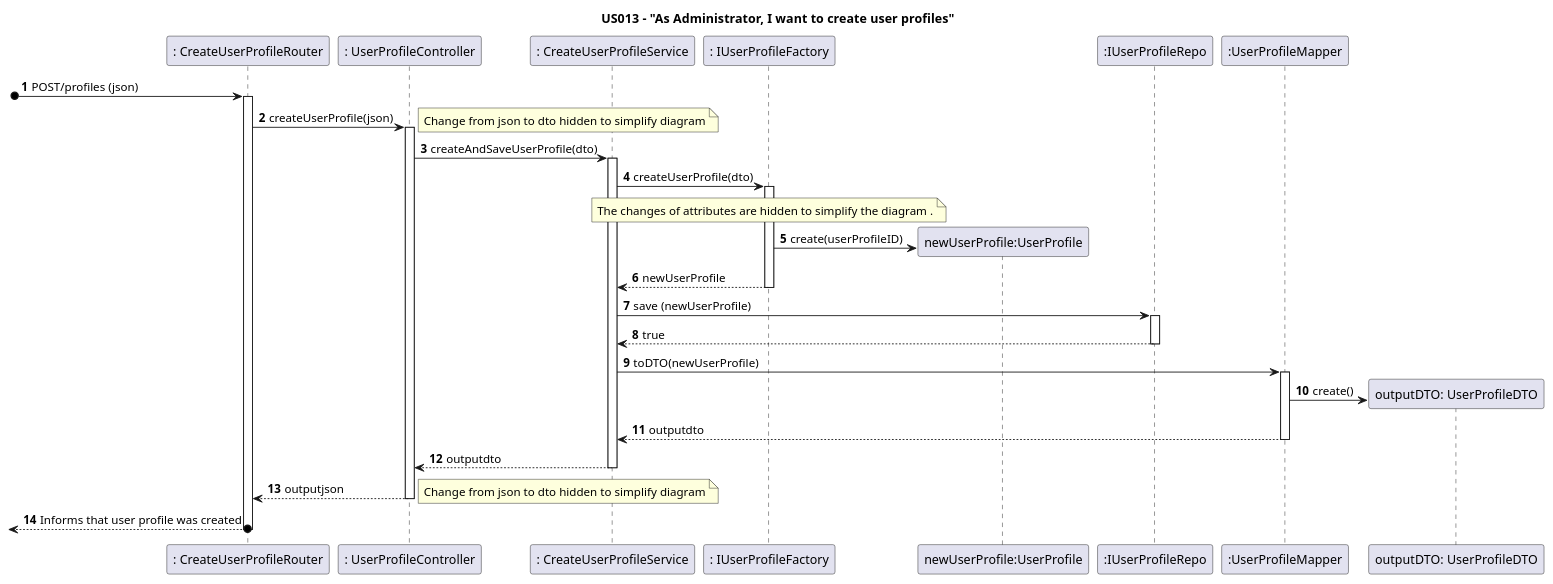
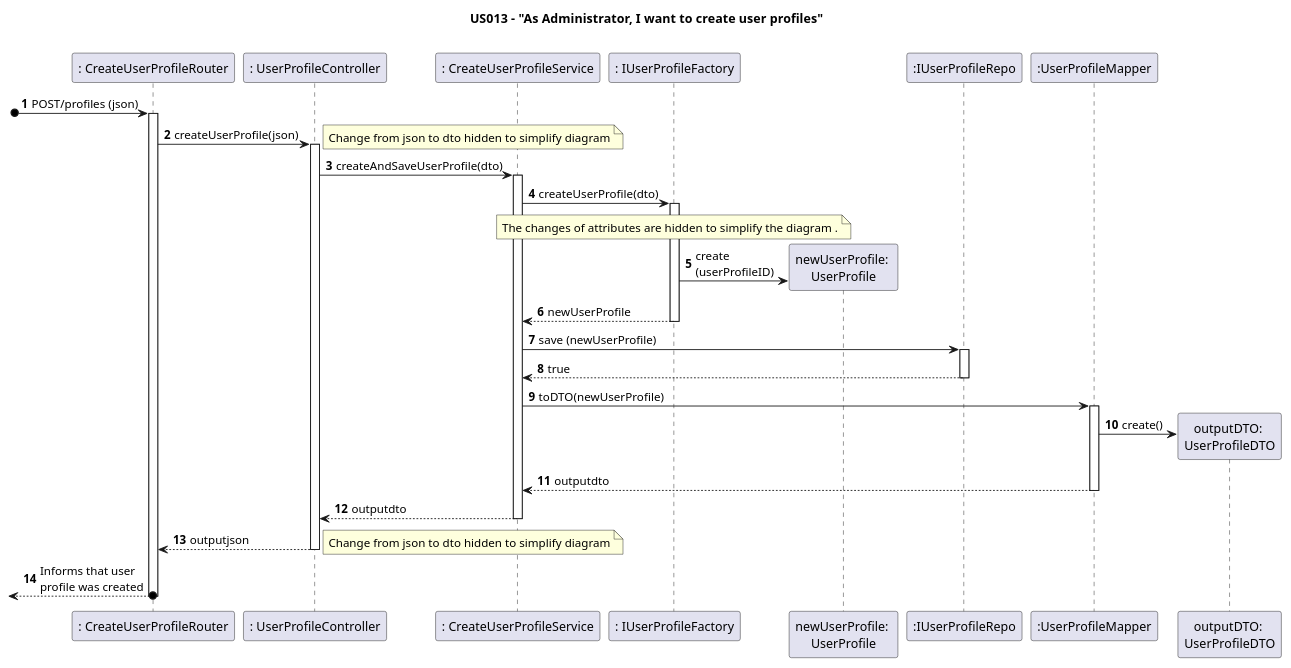
One commit to nunogon1211787/projectManagement changed the diagram in docs/Sprint1/US013/US13-SD-DDD.puml. Above: the diagram before and after it, drawn with PlantUML. The commit also changed 12 other files, not shown here.

```diff
--- a/docs/Sprint1/US013/US13-SD-DDD.puml
+++ b/docs/Sprint1/US013/US13-SD-DDD.puml
@@ -1,56 +1,56 @@
 @startuml
 'https://plantuml.com/sequence-diagram
 
 autoactivate on
 autonumber
 
 title US013 - "As Administrator, I want to create user profiles"
 participant ": CreateUserProfileRouter" as System
 participant ": UserProfileController" as Ctrl
 participant ": CreateUserProfileService" as C1
 participant ": IUserProfileFactory" as C3
 'participant ":UserProfileDTO" as C2
 'participant ":IUserProfileIDFactory" as iFactory
 'participant "userProfileID:UserProfileID" as C4
-participant "newUserProfile:UserProfile" as newUserProfile
+participant "newUserProfile: \nUserProfile" as newUserProfile
 participant ":IUserProfileRepo" as C5
 participant ":UserProfileMapper" as C6
-participant "outputDTO: UserProfileDTO" as C2.1
+participant "outputDTO: \nUserProfileDTO" as C2.1
 
 
 [o-> System: POST/profiles (json)
 System -> Ctrl: createUserProfile(json)
 note right
 Change from json to dto hidden to simplify diagram
 end note
 Ctrl -> C1: createAndSaveUserProfile(dto)
 C1 -> C3: createUserProfile(dto)
 note over C3 : The changes of attributes are hidden to simplify the diagram .
 'C3 -> C2 : name = getUserProfileName()
 'deactivate
 'C3 -> iFactory: create(name)
 'iFactory -> C4 **: create()
 'iFactory --> C3: userProfileID
-C3 -> newUserProfile **: create(userProfileID)
+C3 -> newUserProfile **: create\n(userProfileID)
 return newUserProfile
 C1 -> C5 : save (newUserProfile)
 'C5 -> C5 : existsByDescription(userProfileName)
 'deactivate
 'C5 -> C5 : add(userProfileName)
 'deactivate
 return true
 C1 -> C6: toDTO(newUserProfile)
 C6 -> C2.1 **: create()
 return outputdto
 return outputdto
 return outputjson
 note right
 Change from json to dto hidden to simplify diagram
 end note
-return Informs that user profile was created
+return Informs that user \nprofile was created
 
 
 
 
 
 @enduml
```
